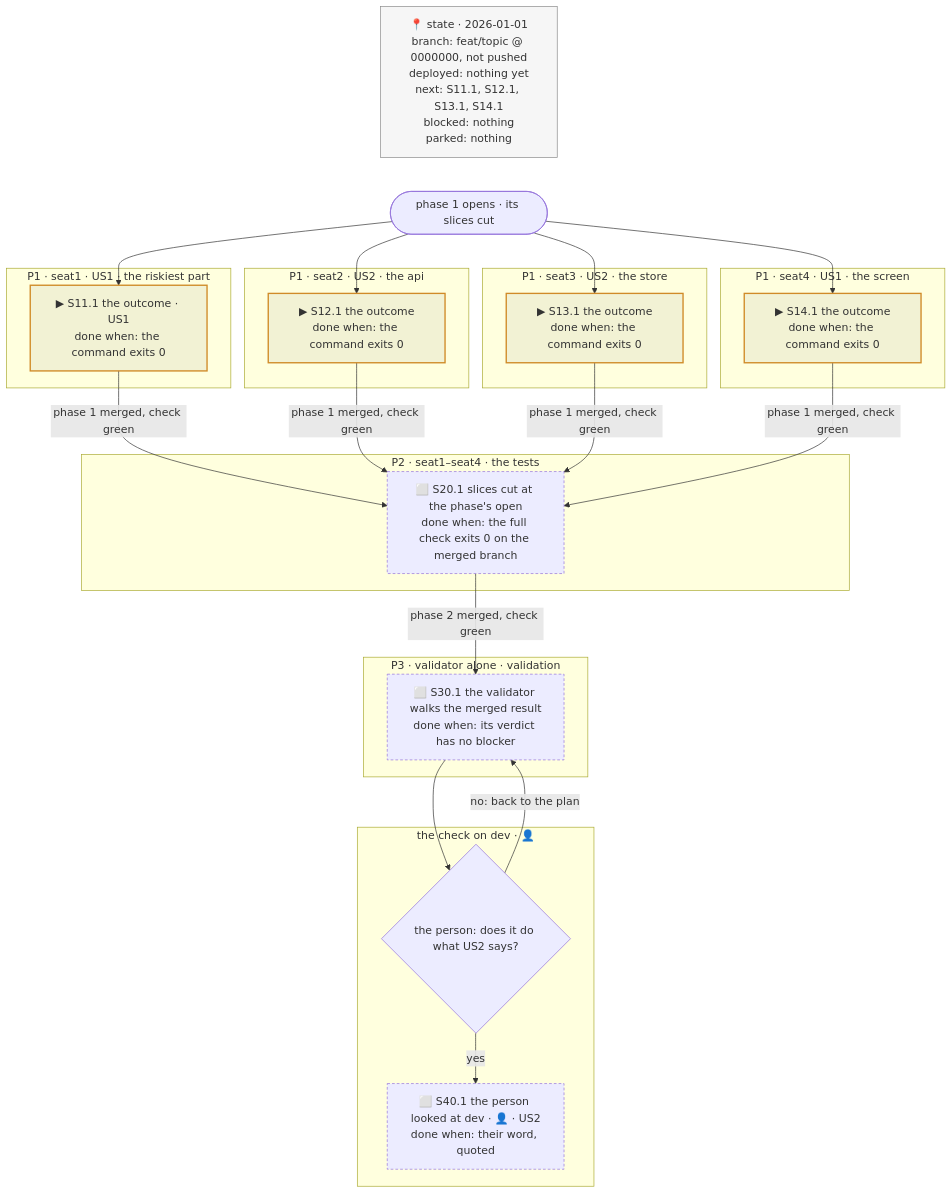
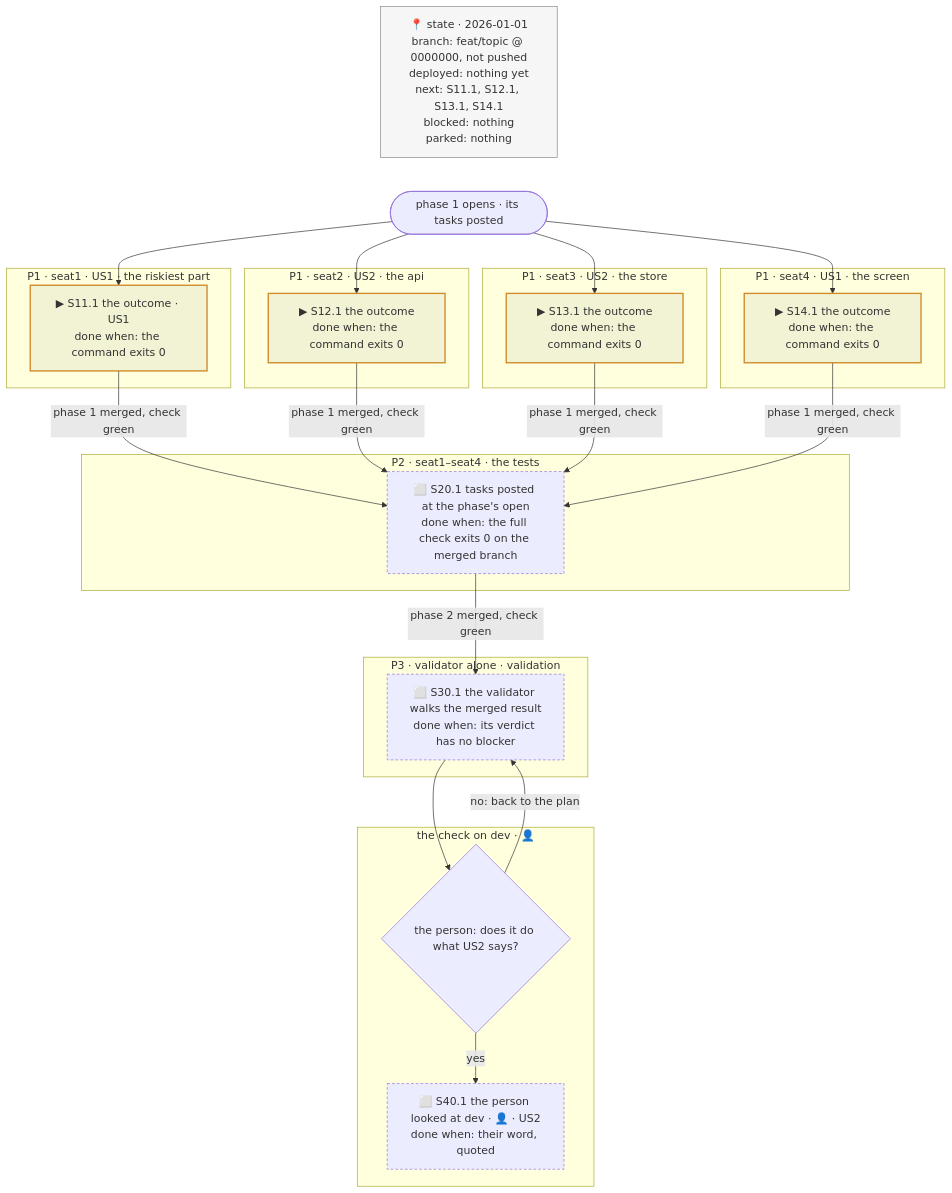
One commit to Ovich/charrette changed the diagram in skills/plan/write-plan/references/tracker-skeleton.md. Above: the diagram before and after it, drawn with Mermaid. The commit also changed other lines of this file and 35 other files, not shown here.

````diff
--- a/skills/plan/write-plan/references/tracker-skeleton.md
+++ b/skills/plan/write-plan/references/tracker-skeleton.md
@@ -9,48 +9,48 @@
 ```mermaid
 flowchart TB
   %% tracker
   ST["📍 state · 2026-01-01<br/>branch: feat/topic @ 0000000, not pushed<br/>deployed: nothing yet<br/>next: S11.1, S12.1, S13.1, S14.1<br/>blocked: nothing<br/>parked: nothing"]
-  GO(["phase 1 opens · its slices cut"])
+  GO(["phase 1 opens · its tasks posted"])
 
   subgraph SL11["P1 · seat1 · US1 · the riskiest part"]
     S11.1["▶ S11.1 the outcome · US1<br/>done when: the command exits 0"]
   end
   subgraph SL12["P1 · seat2 · US2 · the api"]
     S12.1["▶ S12.1 the outcome<br/>done when: the command exits 0"]
   end
   subgraph SL13["P1 · seat3 · US2 · the store"]
     S13.1["▶ S13.1 the outcome<br/>done when: the command exits 0"]
   end
   subgraph SL14["P1 · seat4 · US1 · the screen"]
     S14.1["▶ S14.1 the outcome<br/>done when: the command exits 0"]
   end
 
   subgraph SL20["P2 · seat1–seat4 · the tests"]
-    S20.1["⬜ S20.1 slices cut at the phase's open<br/>done when: the full check exits 0 on the merged branch"]
+    S20.1["⬜ S20.1 tasks posted at the phase's open<br/>done when: the full check exits 0 on the merged branch"]
   end
 
   subgraph SL30["P3 · validator alone · validation"]
     S30.1["⬜ S30.1 the validator walks the merged result<br/>done when: its verdict has no blocker"]
   end
 
   subgraph SL40["the check on dev · 👤"]
     G4{"the person: does it do what US2 says?"}
     S40.1["⬜ S40.1 the person looked at dev · 👤 · US2<br/>done when: their word, quoted"]
   end
 
   ST ~~~ GO
   GO --> S11.1 & S12.1 & S13.1 & S14.1
   S11.1 & S12.1 & S13.1 & S14.1 -->|"phase 1 merged, check green"| S20.1
   S20.1 -->|"phase 2 merged, check green"| S30.1
   S30.1 --> G4
   G4 -->|"yes"| S40.1
   G4 -->|"no: back to the plan"| S30.1
 
   classDef done stroke:#4a9d5f,stroke-width:2px,fill:#7f7f7f1a
   classDef next stroke:#d08b28,stroke-width:2px,fill:#7f7f7f1a
   classDef todo stroke-dasharray:4 3
   classDef state stroke:#8a8a8a,stroke-width:1px,fill:#7f7f7f12
   class S11.1,S12.1,S13.1,S14.1 next
   class S20.1,S30.1,S40.1 todo
   class ST state
 ```
````
